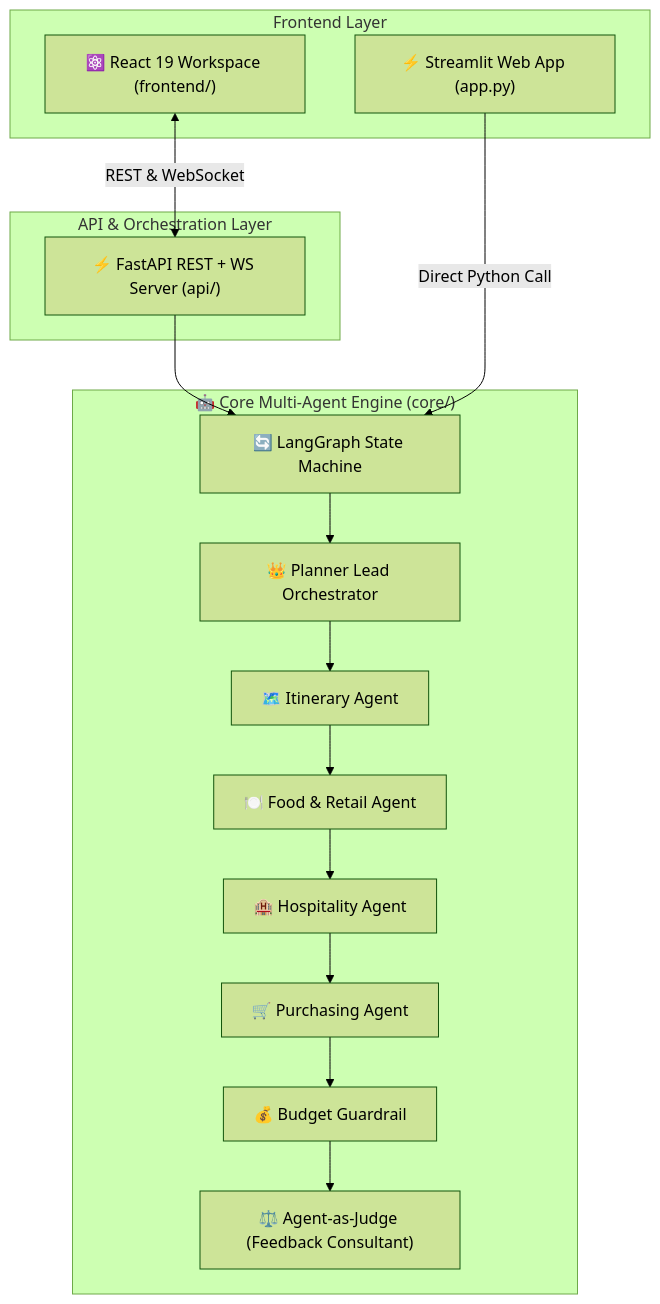
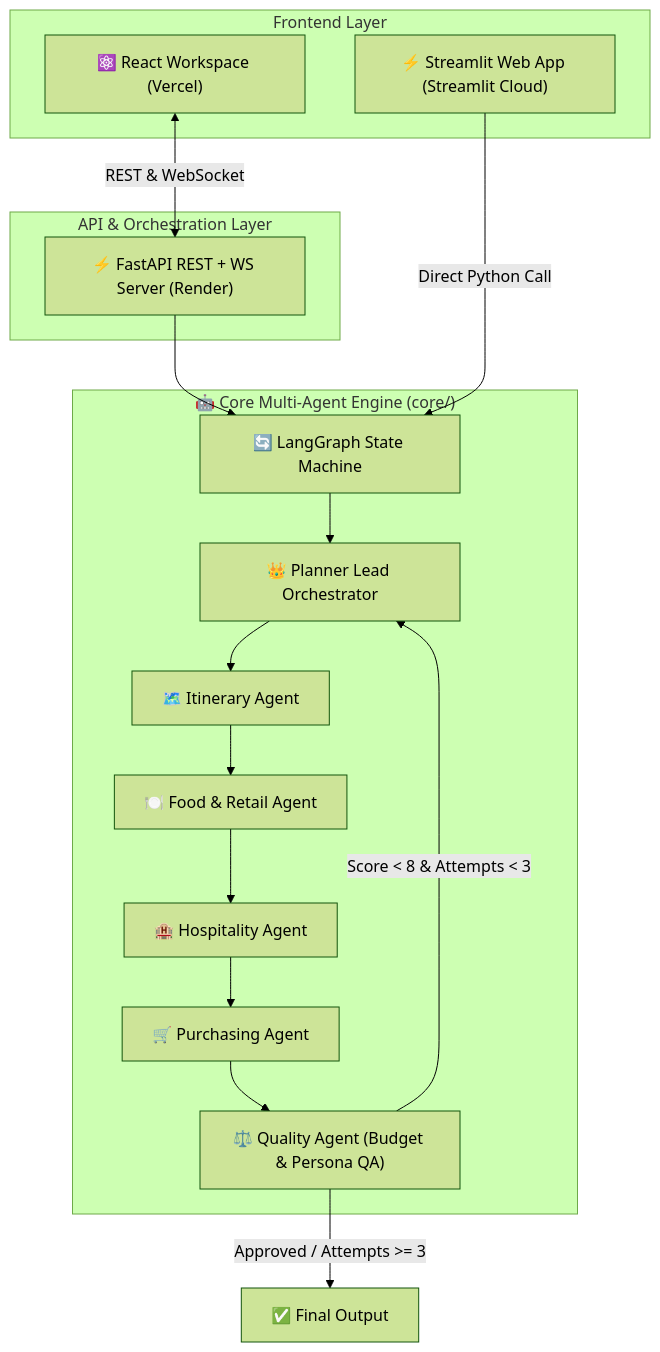
The diagram in README.md (yanchangchen/aitravelbuddy), drawn with Mermaid (forest theme) before and after one commit. The commit also changed other lines of this file and 4 other files, not shown here.

Commit message:
docs: update README, SPECIFICATION, architecture, design, and specifications documentation

````diff
--- a/README.md
+++ b/README.md
@@ -20,28 +22,29 @@
 ```mermaid
 graph TD
     subgraph "Frontend Layer"
-        ReactApp["⚛️ React 19 Workspace (frontend/)"]
-        StreamlitApp["⚡ Streamlit Web App (app.py)"]
+        ReactApp["⚛️ React Workspace (Vercel)"]
+        StreamlitApp["⚡ Streamlit Web App (Streamlit Cloud)"]
     end
 
     subgraph "API & Orchestration Layer"
-        API["⚡ FastAPI REST + WS Server (api/)"]
+        API["⚡ FastAPI REST + WS Server (Render)"]
     end
 
     subgraph "🤖 Core Multi-Agent Engine (core/)"
         SG["🔄 LangGraph State Machine"]
         Node0["👑 Planner Lead Orchestrator"]
         Node1["🗺️ Itinerary Agent"]
         Node2["🍽️ Food & Retail Agent"]
         Node3["🏨 Hospitality Agent"]
         Node4["🛒 Purchasing Agent"]
-        Guard["💰 Budget Guardrail"]
-        Judge["⚖️ Agent-as-Judge (Feedback Consultant)"]
+        Quality["⚖️ Quality Agent (Budget & Persona QA)"]
     end
 
     ReactApp <-->|REST & WebSocket| API
     API --> SG
     StreamlitApp -->|Direct Python Call| SG
 
-    SG --> Node0 --> Node1 --> Node2 --> Node3 --> Node4 --> Guard --> Judge
+    SG --> Node0 --> Node1 --> Node2 --> Node3 --> Node4 --> Quality
+    Quality -->|Score < 8 & Attempts < 3| Node0
+    Quality -->|Approved / Attempts >= 3| Final["✅ Final Output"]
 ```
````
